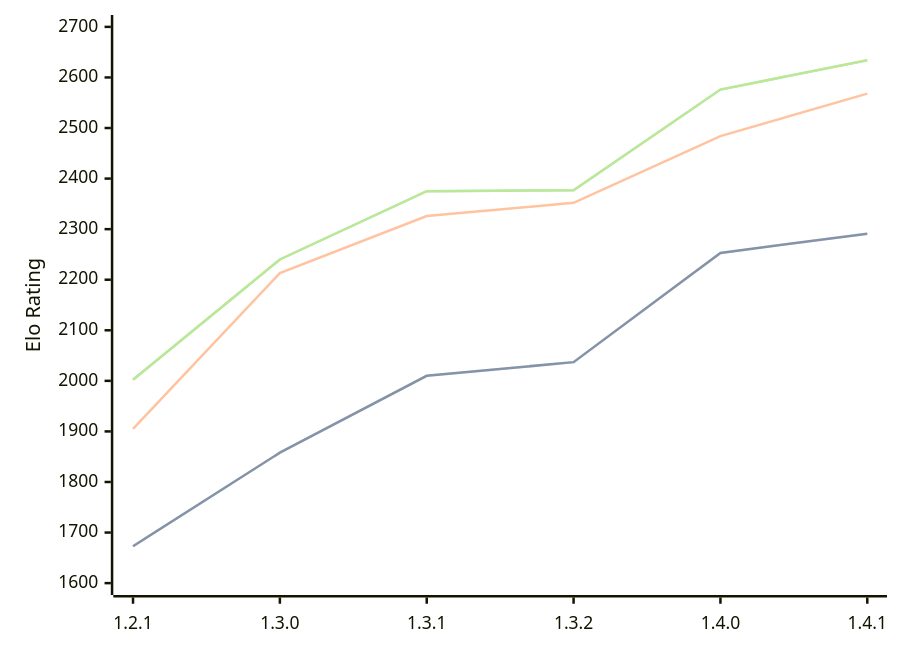
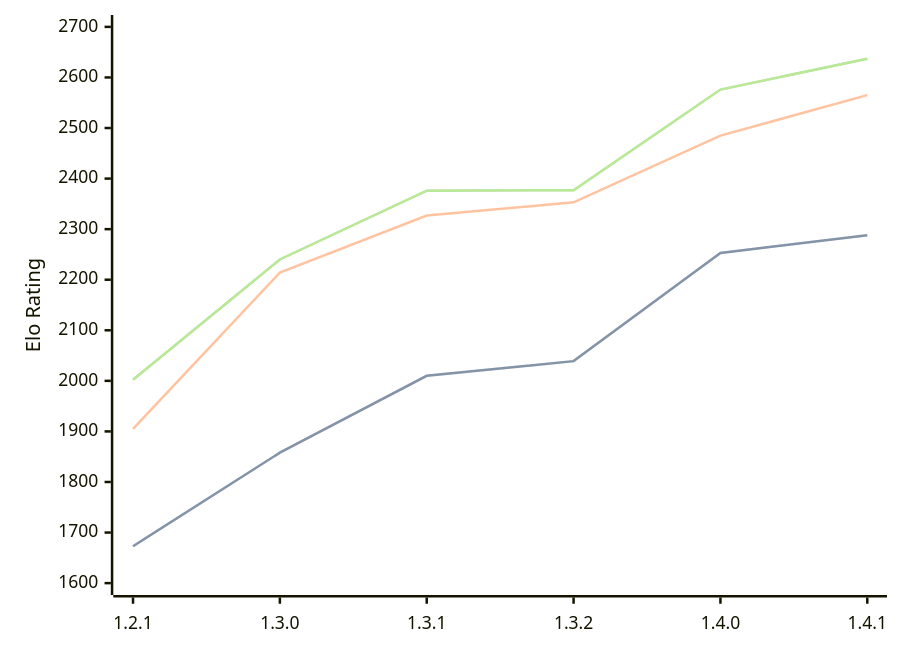
Before and after one commit to computer-chess-index/cci: the first of 3 diagrams in engines/Chal.md, drawn with Mermaid. The commit also changed other lines of this file, not shown here.

Commit message:
Update CCI Ratings (ELO VLTC) - 2026-07-09

````diff
--- a/engines/Chal.md
+++ b/engines/Chal.md
@@ -39,11 +39,11 @@
 ```mermaid
 %%{init: {"theme":"base","themeVariables":{"seriesColors:['#a3a3a3','#222221','#faa371']}}}%%
 xychart-beta
   x-axis ["1.2.1", "1.3.0", "1.3.1", "1.3.2", "1.4.0", "1.4.1"]
   y-axis "Elo Rating" 1600 --> 2700
-  line "STC (8.0+0.08s)" [1673, 1858, 2010, 2037, 2253, 2291]
-  line "STC (8.0+0.08s)" [1673, 1858, 2010, 2037, 2253, 2291]
-  line "LTC (60.0+0.60s)" [1905, 2213, 2326, 2352, 2484, 2568]
-  line "VLTC (2m24s+1.12s)" [2002, 2240, 2375, 2377, 2576, 2634]
-  line "VLTC (2m24s+1.12s)" [2002, 2240, 2375, 2377, 2576, 2634]
+  line "STC (8.0+0.08s)" [1673, 1858, 2010, 2039, 2253, 2288]
+  line "STC (8.0+0.08s)" [1673, 1858, 2010, 2039, 2253, 2288]
+  line "LTC (60.0+0.60s)" [1905, 2214, 2327, 2353, 2485, 2565]
+  line "VLTC (2m24s+1.12s)" [2002, 2240, 2376, 2377, 2576, 2637]
+  line "VLTC (2m24s+1.12s)" [2002, 2240, 2376, 2377, 2576, 2637]
 ```
````
